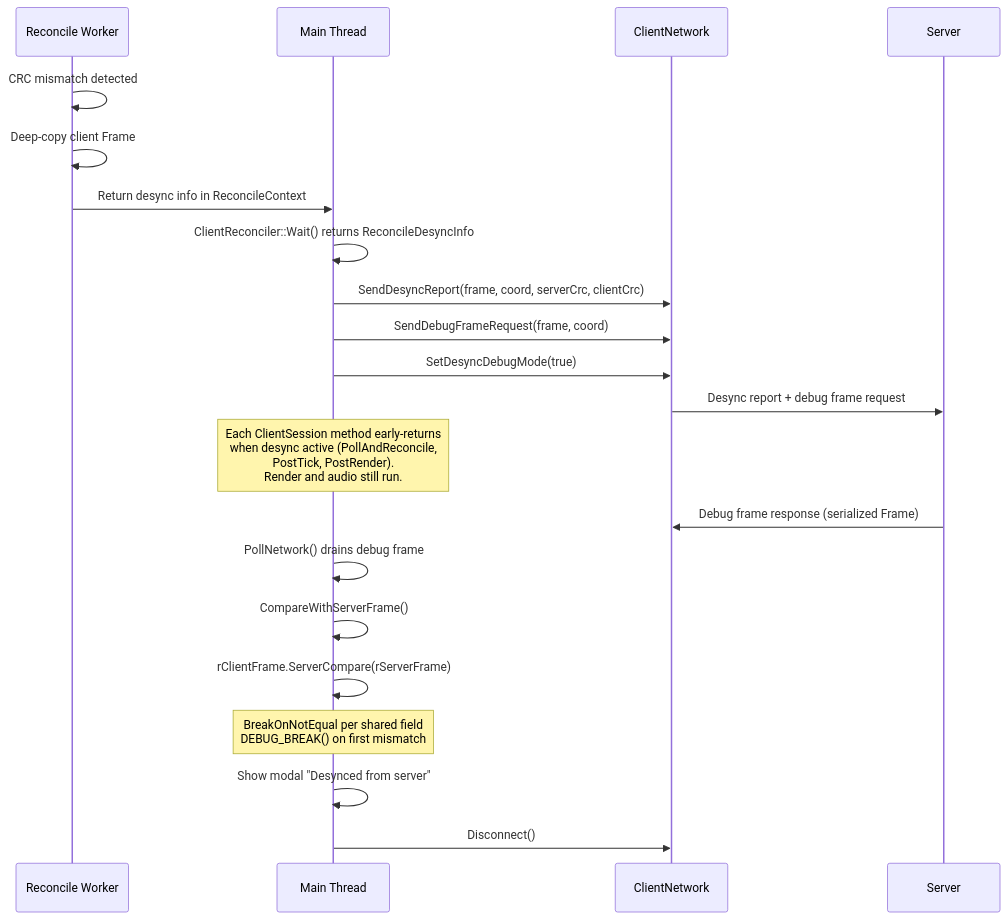
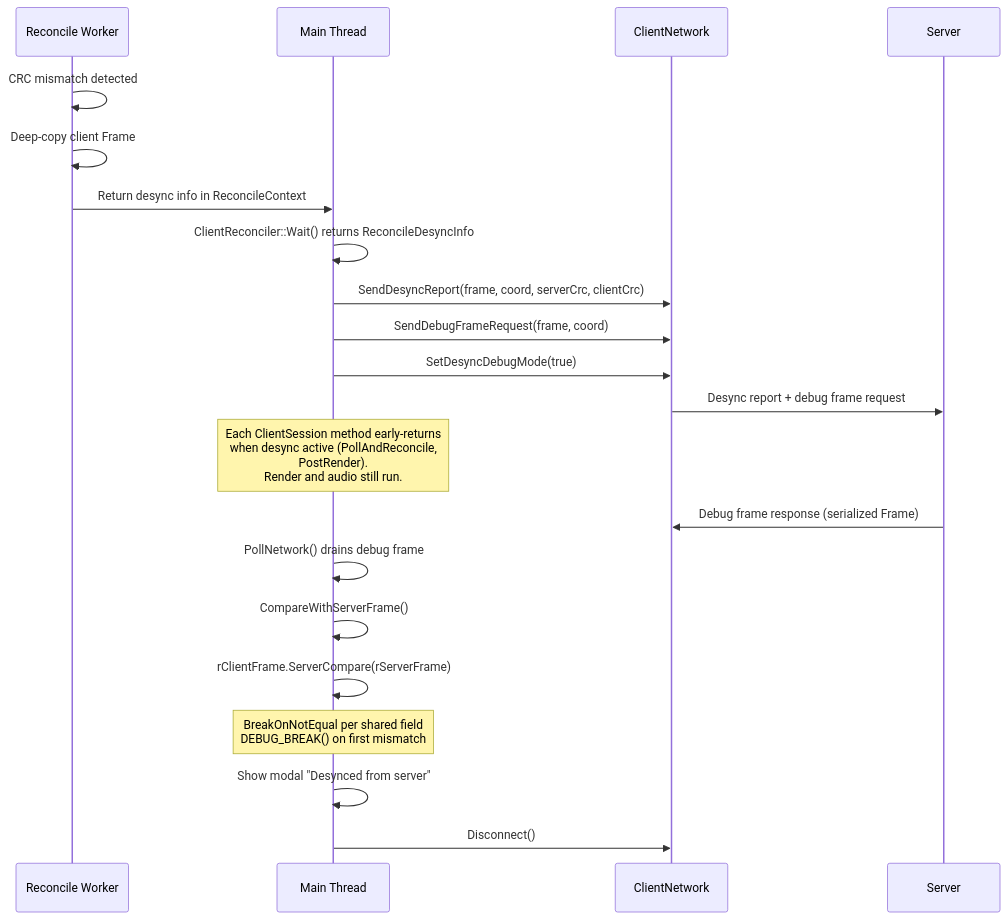
One commit to DougTanner/BrokenEnginePublic changed the fourth of 4 diagrams in Documents/Architecture/GameReconciliation.md. Above: the diagram before and after it, drawn with Mermaid. The commit also changed other lines of this file and 10 other files, not shown here.

````diff
--- a/Documents/Architecture/GameReconciliation.md
+++ b/Documents/Architecture/GameReconciliation.md
@@ -141,29 +133,29 @@
 ```mermaid
 %%{init: {'theme': 'default'}}%%
 sequenceDiagram
     participant Worker as Reconcile Worker
     participant Main as Main Thread
     participant Net as ClientNetwork
     participant Server
 
     Worker->>Worker: CRC mismatch detected
     Worker->>Worker: Deep-copy client Frame
     Worker->>Main: Return desync info in ReconcileContext
 
     Main->>Main: ClientReconciler::Wait() returns ReconcileDesyncInfo
     Main->>Net: SendDesyncReport(frame, coord, serverCrc, clientCrc)
     Main->>Net: SendDebugFrameRequest(frame, coord)
     Main->>Net: SetDesyncDebugMode(true)
     Net->>Server: Desync report + debug frame request
 
-    Note over Main: Each ClientSession method early-returns<br/>when desync active (PollAndReconcile,<br/>PostTick, PostRender).<br/>Render and audio still run.
+    Note over Main: Each ClientSession method early-returns<br/>when desync active (PollAndReconcile,<br/>PostRender).<br/>Render and audio still run.
 
     Server->>Net: Debug frame response (serialized Frame)
     Main->>Main: PollNetwork() drains debug frame
     Main->>Main: CompareWithServerFrame()
     Main->>Main: rClientFrame.ServerCompare(rServerFrame)
     Note over Main: BreakOnNotEqual per shared field<br/>DEBUG_BREAK() on first mismatch
 
     Main->>Main: Show modal "Desynced from server"
     Main->>Net: Disconnect()
 ```
````
